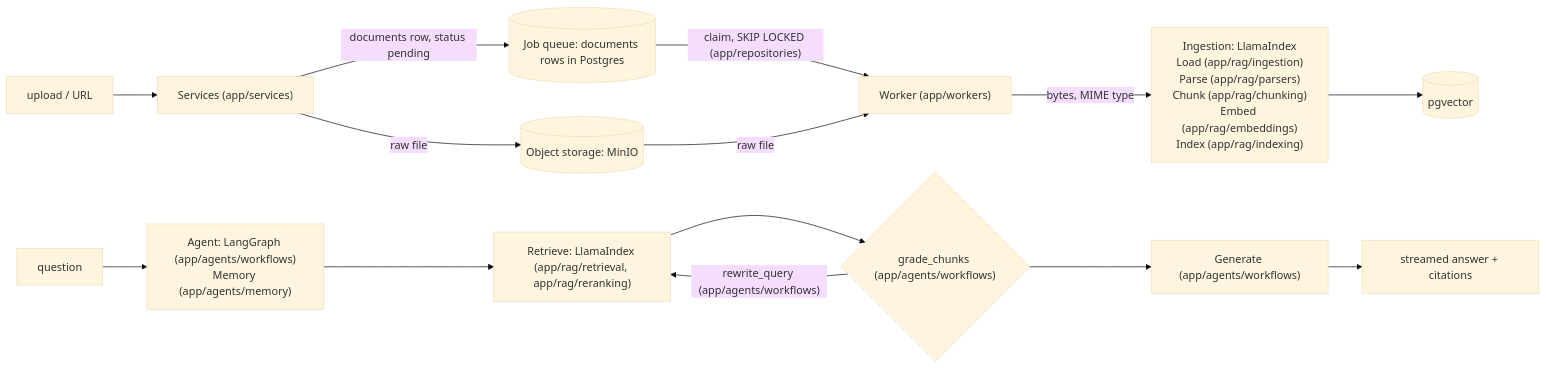
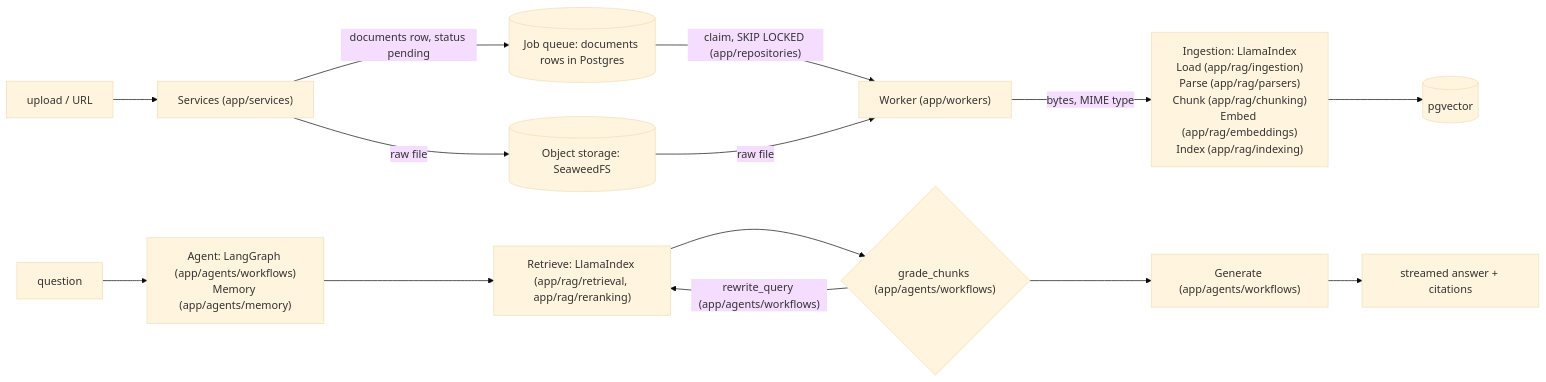
Before and after one commit to JosephSuyam/ragidy: the diagram in docs/architecture/overview.md, drawn with Mermaid (base theme). The commit also changed other lines of this file and 3 other files, not shown here.

First line of the commit message:
docs(docs): switch ADR 0002 storage to SeaweedFS

````diff
--- a/docs/architecture/overview.md
+++ b/docs/architecture/overview.md
@@ -5,12 +5,12 @@
 ```mermaid
 flowchart LR
   src["upload / URL"] --> svc["Services (app/services)"]
-  svc -->|"raw file"| objstore[("Object storage: MinIO")]
+  svc -->|"raw file"| objstore[("Object storage: SeaweedFS")]
   svc -->|"documents row, status pending"| queue[("Job queue: documents rows in Postgres")]
   queue -->|"claim, SKIP LOCKED (app/repositories)"| worker["Worker (app/workers)"]
   objstore -->|"raw file"| worker
   worker -->|"bytes, MIME type"| ingest["Ingestion: LlamaIndex<br/>Load (app/rag/ingestion)<br/>Parse (app/rag/parsers)<br/>Chunk (app/rag/chunking)<br/>Embed (app/rag/embeddings)<br/>Index (app/rag/indexing)"]
   ingest --> pg[("pgvector")]
   q["question"] --> agent["Agent: LangGraph (app/agents/workflows)<br/>Memory (app/agents/memory)"] --> retrieve["Retrieve: LlamaIndex (app/rag/retrieval, app/rag/reranking)"] --> grade{"grade_chunks (app/agents/workflows)"} --> generate["Generate (app/agents/workflows)"] --> out["streamed answer + citations"]
   grade -->|"rewrite_query (app/agents/workflows)"| retrieve
 ```
````
